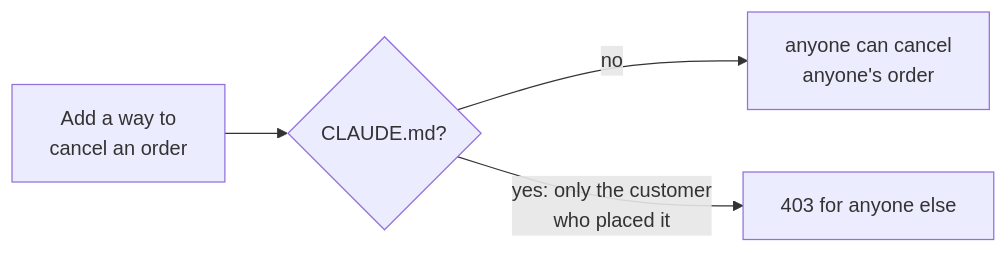
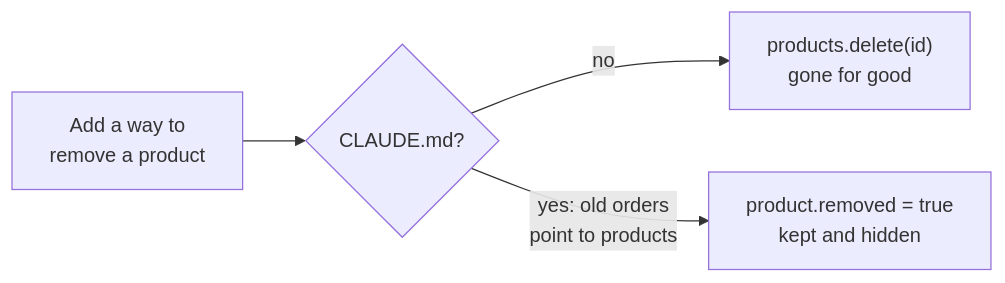
One commit to AiFirstDevelopment/claude-code-shorts changed the diagram in 04-claude-md/README.md. Above: the diagram before and after it, drawn with Mermaid. The commit also changed other lines of this file and 12 other files, not shown here.

Commit message:
04-claude-md: what it already does, what it can't see, and not counting on CLAUDE.md

````diff
--- a/04-claude-md/README.md
+++ b/04-claude-md/README.md
@@ -21,6 +25,6 @@
 ```mermaid
 flowchart LR
-    R["Add a way to<br/>cancel an order"] --> A{"CLAUDE.md?"}
-    A -->|no| N["anyone can cancel<br/>anyone's order"]
-    A -->|"yes: only the customer<br/>who placed it"| Y["403 for anyone else"]
+    R["Add a way to<br/>remove a product"] --> A{"CLAUDE.md?"}
+    A -->|no| N["products.delete(id)<br/>gone for good"]
+    A -->|"yes: old orders<br/>point to products"| Y["product.removed = true<br/>kept and hidden"]
 ```
````
